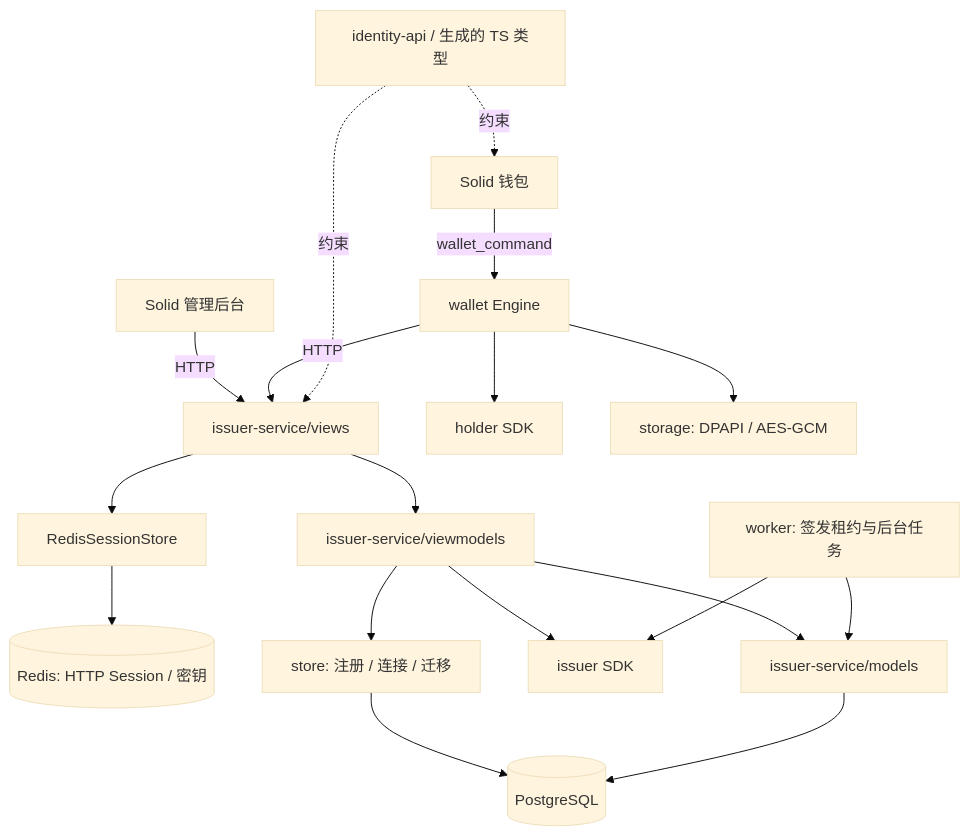
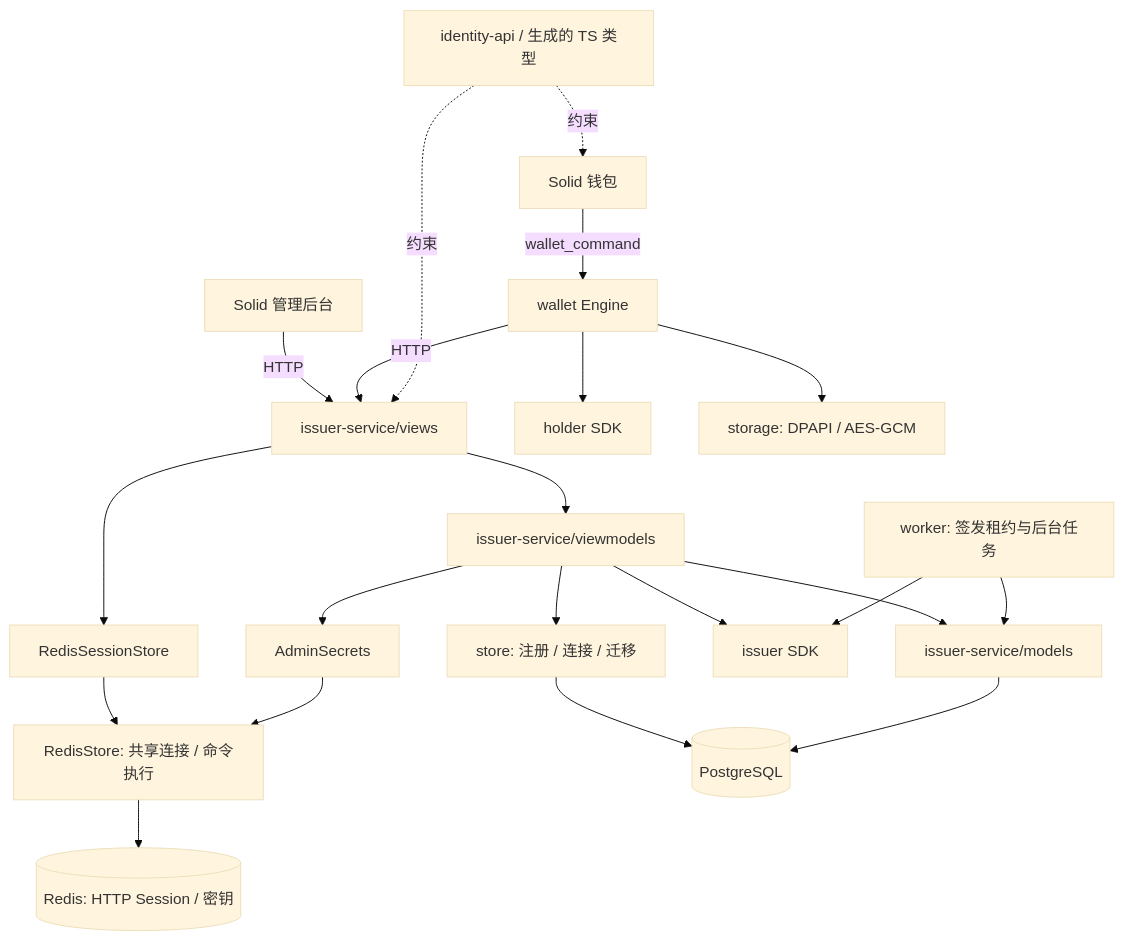
The diagram in docs/identity-center-wallet-project-structure.md (OhMyStas507/crypto-sso), drawn with Mermaid (base theme) before and after one commit. The commit also changed other lines of this file and 7 other files, not shown here.

````diff
--- a/docs/identity-center-wallet-project-structure.md
+++ b/docs/identity-center-wallet-project-structure.md
@@ -22,20 +22,23 @@
 ```mermaid
 flowchart TD
     AdminUI[Solid 管理后台] -->|HTTP| Views[issuer-service/views]
     Views --> VM[issuer-service/viewmodels]
     Views --> Sessions[RedisSessionStore]
-    Sessions --> Redis[(Redis: HTTP Session / 密钥)]
+    Sessions --> RedisStore[RedisStore: 共享连接 / 命令执行]
+    VM --> Secrets[AdminSecrets]
+    Secrets --> RedisStore
+    RedisStore --> Redis[(Redis: HTTP Session / 密钥)]
     VM --> Models[issuer-service/models]
     VM --> SDK[issuer SDK]
     VM --> Store[store: 注册 / 连接 / 迁移]
     Worker[worker: 签发租约与后台任务] --> Models
     Worker --> SDK
     Store --> PG[(PostgreSQL)]
     Models --> PG
     WalletUI[Solid 钱包] -->|wallet_command| Engine[wallet Engine]
     Engine --> Holder[holder SDK]
     Engine --> Vault[storage: DPAPI / AES-GCM]
     Engine -->|HTTP| Views
     Contracts[identity-api / 生成的 TS 类型] -.约束.-> Views
     Contracts -.约束.-> WalletUI
 ```
````
